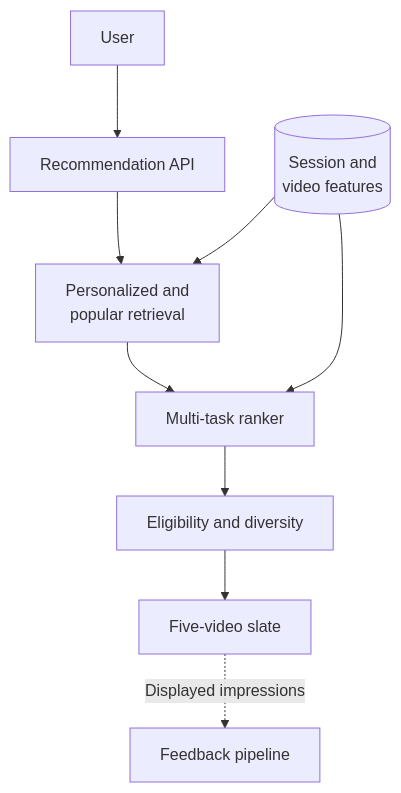
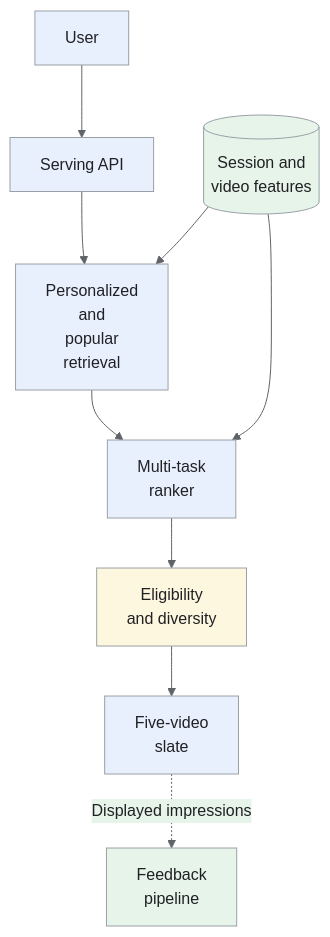
One commit to iliazlobin/iliazlobin.github.io changed the first of 5 diagrams in _designs/video-recommendations.md. Above: the diagram before and after it, drawn with Mermaid. The commit also changed other lines of this file and 131 other files, not shown here.

````diff
--- a/_designs/video-recommendations.md
+++ b/_designs/video-recommendations.md
@@ -118,11 +135,19 @@
 ```mermaid
+%%{init: {"theme":"base","themeVariables":{"primaryColor":"#e8f0fe","primaryBorderColor":"#9aa0a6","primaryTextColor":"#202124","secondaryColor":"#e6f4ea","tertiaryColor":"#fef7e0","lineColor":"#5f6368","actorBkg":"#e8f0fe","actorBorder":"#9aa0a6","actorTextColor":"#202124","noteBkgColor":"#fef7e0","noteBorderColor":"#9aa0a6","noteTextColor":"#202124","signalColor":"#5f6368","signalTextColor":"#202124"}}}%%
 flowchart TB
-    U["User"] --> API["Recommendation API"]
-    API --> RET["Personalized and<br/>popular retrieval"]
-    RET --> RANK["Multi-task ranker"]
-    RANK --> SLATE["Eligibility and diversity"]
-    SLATE --> OUT["Five-video slate"]
-    F[("Session and<br/>video features")] --> RET
+    U["User"] --> API["Serving API"]
+    API --> RET["Personalized<br>and<br>popular<br>retrieval"]
+    RET --> RANK["Multi-task<br>ranker"]
+    RANK --> SLATE["Eligibility<br>and diversity"]
+    SLATE --> OUT["Five-video<br>slate"]
+    F[("Session and<br>video features")] --> RET
     F --> RANK
-    OUT -.->|"Displayed impressions"| EVENTS["Feedback pipeline"]
+    OUT -.->|"Displayed impressions"| EVENTS["Feedback<br>pipeline"]
+classDef request fill:#e8f0fe,stroke:#9aa0a6,color:#202124;
+classDef data fill:#e6f4ea,stroke:#9aa0a6,color:#202124;
+classDef control fill:#fef7e0,stroke:#9aa0a6,color:#202124;
+class U,API,RET,RANK,OUT request;
+class F,EVENTS data;
+class SLATE control;
+
 ```
````
